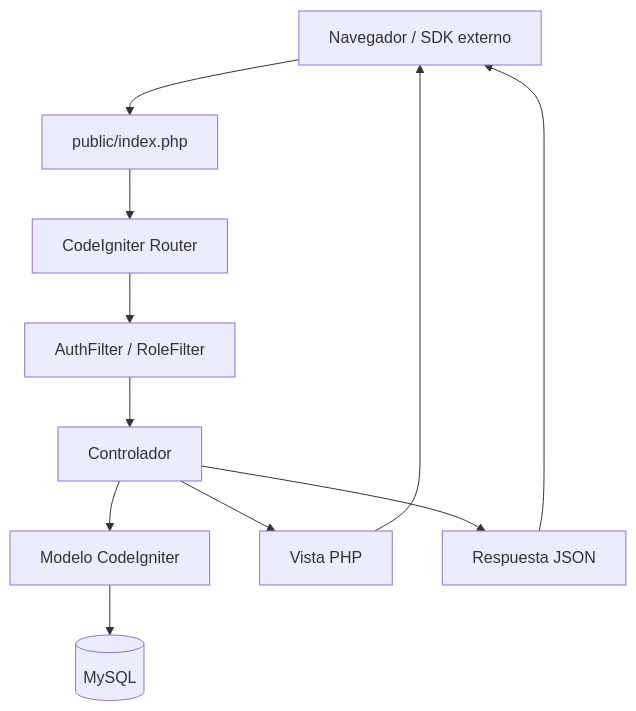
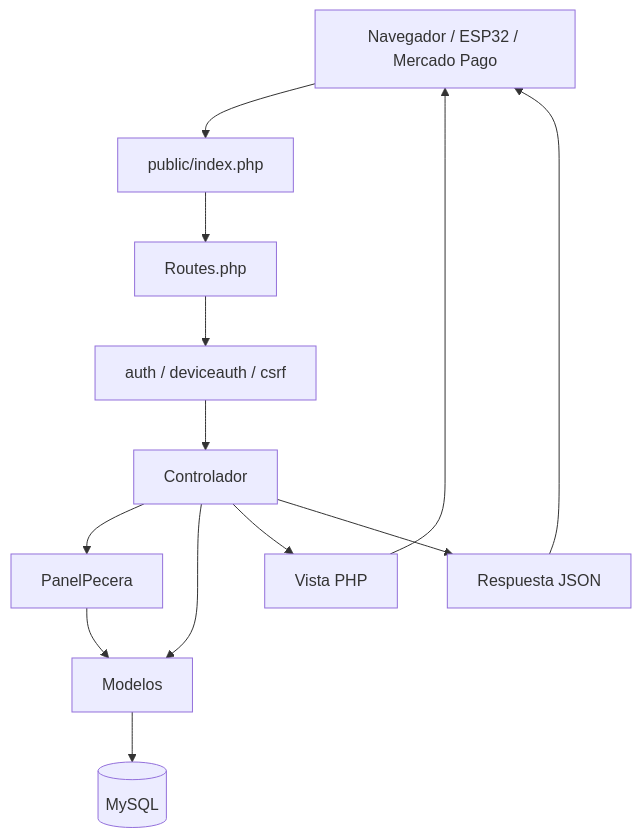
Before and after one commit to TuVieja22/AquaControl: the first of 10 diagrams in BACKEND_DOCUMENTACION.md, drawn with Mermaid. The commit also changed other lines of this file and 10 other files, not shown here.

````diff
--- a/BACKEND_DOCUMENTACION.md
+++ b/BACKEND_DOCUMENTACION.md
@@ -34,13 +38,15 @@
 ```mermaid
 flowchart TD
-    Client[Navegador / SDK externo] --> Front[public/index.php]
-    Front --> Router[CodeIgniter Router]
-    Router --> Filters[AuthFilter / RoleFilter]
+    Client[Navegador / ESP32 / Mercado Pago] --> Front[public/index.php]
+    Front --> Router[Routes.php]
+    Router --> Filters[auth / deviceauth / csrf]
     Filters --> Controller[Controlador]
-    Controller --> Model[Modelo CodeIgniter]
+    Controller --> Panel[PanelPecera]
+    Controller --> Model[Modelos]
+    Panel --> Model
     Model --> DB[(MySQL)]
     Controller --> View[Vista PHP]
     Controller --> JSON[Respuesta JSON]
     View --> Client
     JSON --> Client
 ```
````
